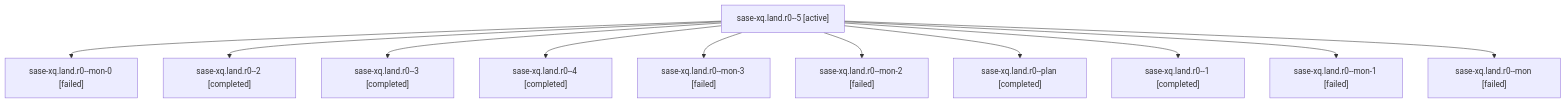
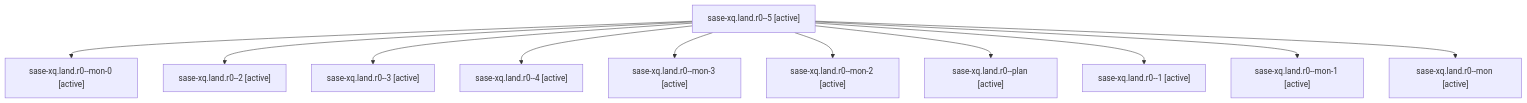
Before and after one commit to sase-org/sase--agents: the diagram in families/bbugyi200.athena.sase-xq.land.r0.md, drawn with Mermaid. The commit also changed other lines of this file and 35830 other files, not shown here.

````diff
--- a/families/bbugyi200.athena.sase-xq.land.r0.md
+++ b/families/bbugyi200.athena.sase-xq.land.r0.md
@@ -9,24 +9,24 @@
 ```mermaid
 flowchart TD
   n0["sase-xq.land.r0--5 [active]"]
-  n1["sase-xq.land.r0--mon-0 [failed]"]
+  n1["sase-xq.land.r0--mon-0 [active]"]
   n0 --> n1
-  n2["sase-xq.land.r0--2 [completed]"]
+  n2["sase-xq.land.r0--2 [active]"]
   n0 --> n2
-  n3["sase-xq.land.r0--3 [completed]"]
+  n3["sase-xq.land.r0--3 [active]"]
   n0 --> n3
-  n4["sase-xq.land.r0--4 [completed]"]
+  n4["sase-xq.land.r0--4 [active]"]
   n0 --> n4
-  n5["sase-xq.land.r0--mon-3 [failed]"]
+  n5["sase-xq.land.r0--mon-3 [active]"]
   n0 --> n5
-  n6["sase-xq.land.r0--mon-2 [failed]"]
+  n6["sase-xq.land.r0--mon-2 [active]"]
   n0 --> n6
-  n7["sase-xq.land.r0--plan [completed]"]
+  n7["sase-xq.land.r0--plan [active]"]
   n0 --> n7
-  n8["sase-xq.land.r0--1 [completed]"]
+  n8["sase-xq.land.r0--1 [active]"]
   n0 --> n8
-  n9["sase-xq.land.r0--mon-1 [failed]"]
+  n9["sase-xq.land.r0--mon-1 [active]"]
   n0 --> n9
-  n10["sase-xq.land.r0--mon [failed]"]
+  n10["sase-xq.land.r0--mon [active]"]
   n0 --> n10
 ```
````
